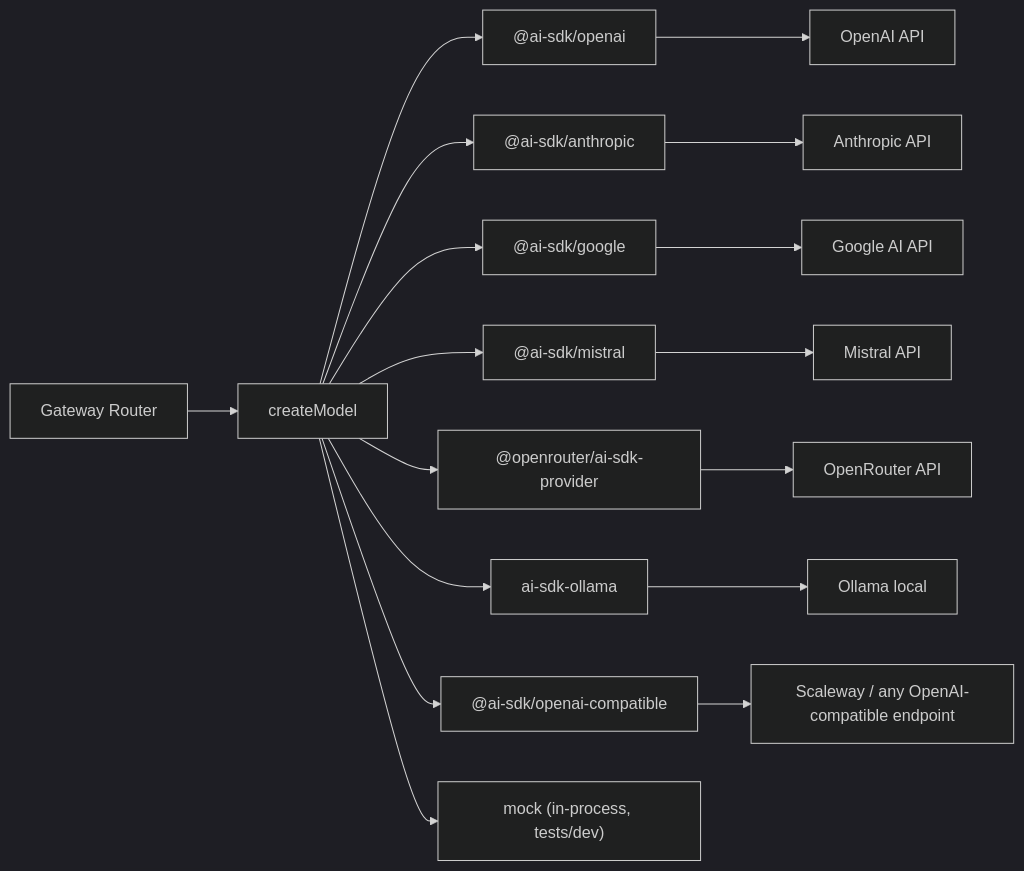
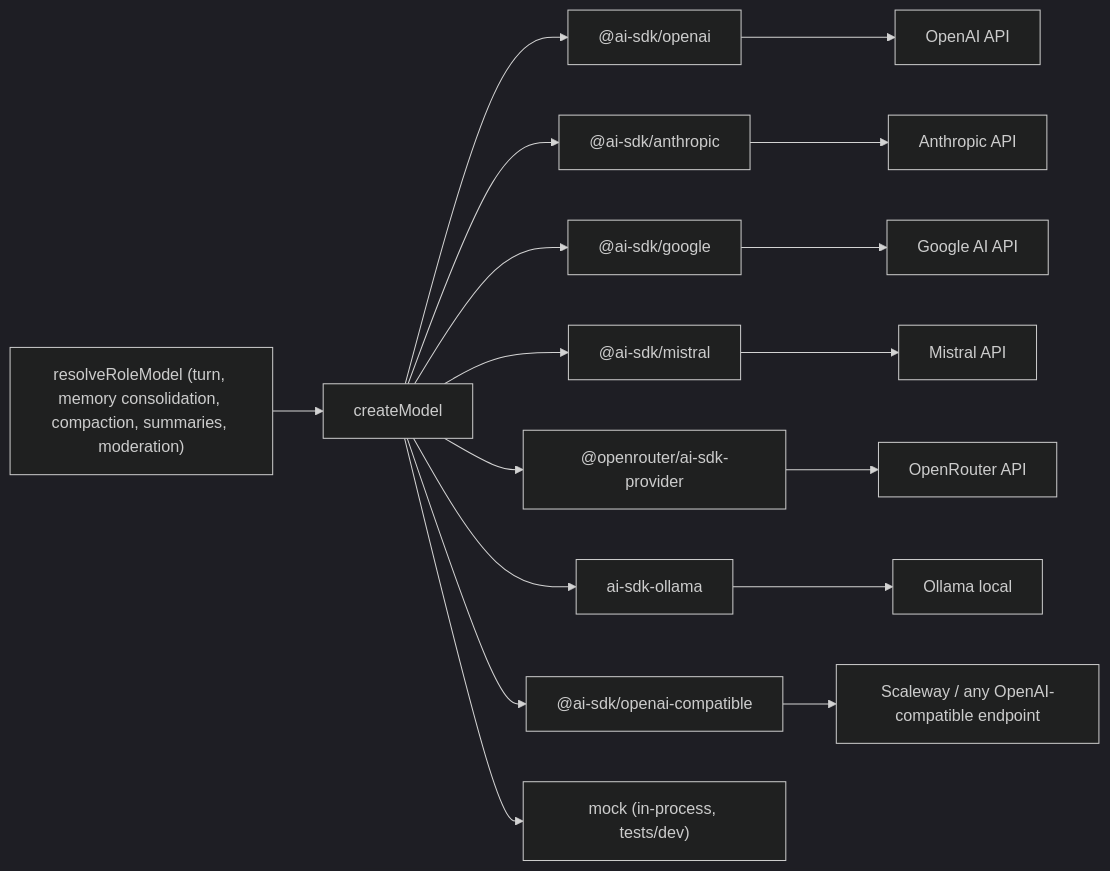
Before and after one commit to data-fair/agents: the diagram in docs/architecture/providers.md, drawn with Mermaid (dark theme). The commit also changed other lines of this file and 696 other files, not shown here.

````diff
--- a/docs/architecture/providers.md
+++ b/docs/architecture/providers.md
@@ -5,21 +5,21 @@
 ```mermaid
 graph LR
-  GW[Gateway Router] --> CM[createModel]
+  RM["resolveRoleModel (turn, memory consolidation, compaction, summaries, moderation)"] --> CM[createModel]
 
   CM --> OAI["@ai-sdk/openai"]
   CM --> ANT["@ai-sdk/anthropic"]
   CM --> GOO["@ai-sdk/google"]
   CM --> MIS["@ai-sdk/mistral"]
   CM --> OR["@openrouter/ai-sdk-provider"]
   CM --> OLL["ai-sdk-ollama"]
   CM --> OC["@ai-sdk/openai-compatible"]
   CM --> MOCK["mock (in-process, tests/dev)"]
 
   OAI --> LLM1[OpenAI API]
   ANT --> LLM2[Anthropic API]
   GOO --> LLM3[Google AI API]
   MIS --> LLM4[Mistral API]
   OR --> LLM5[OpenRouter API]
   OLL --> LLM6[Ollama local]
   OC --> LLM7["Scaleway / any OpenAI-compatible endpoint"]
 ```
````
